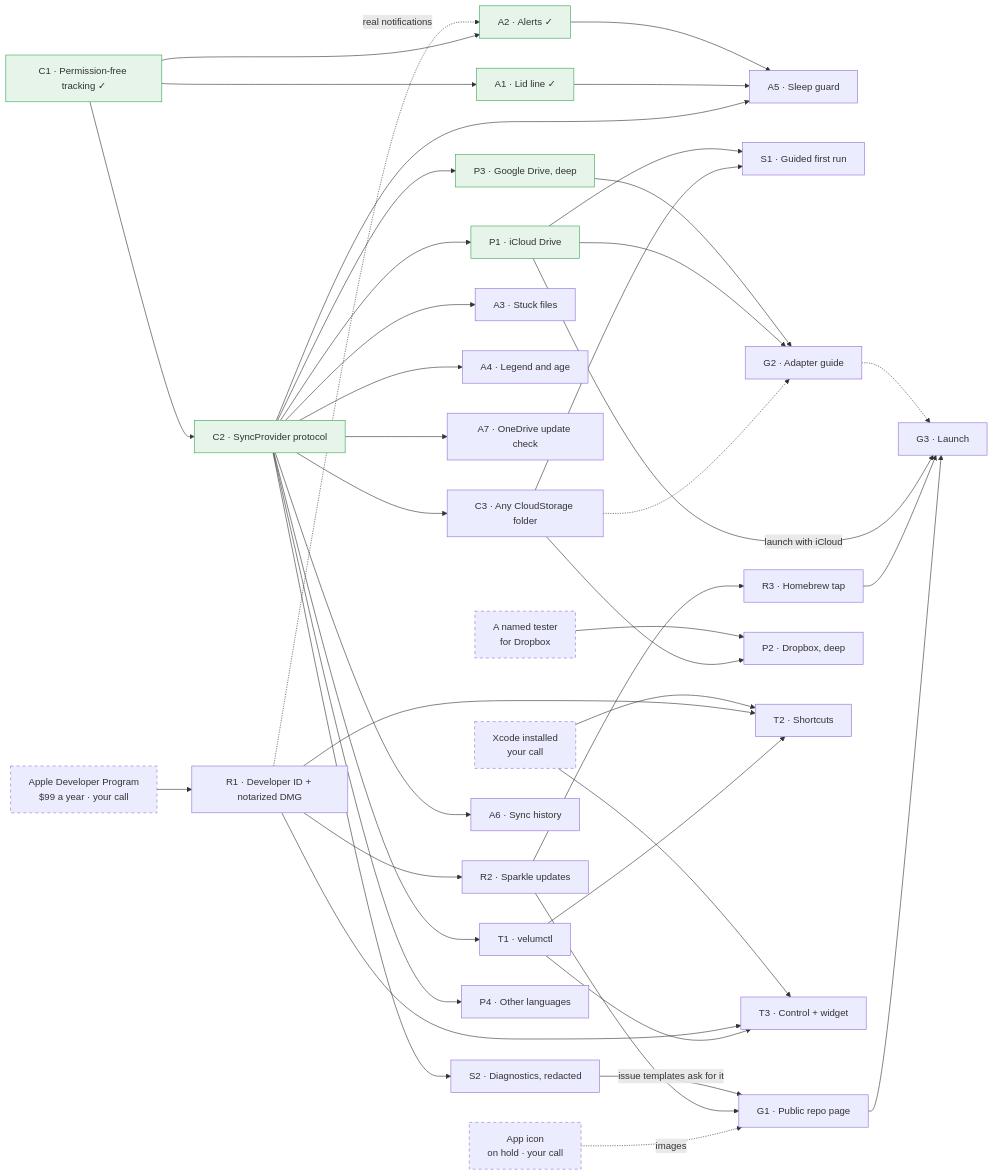
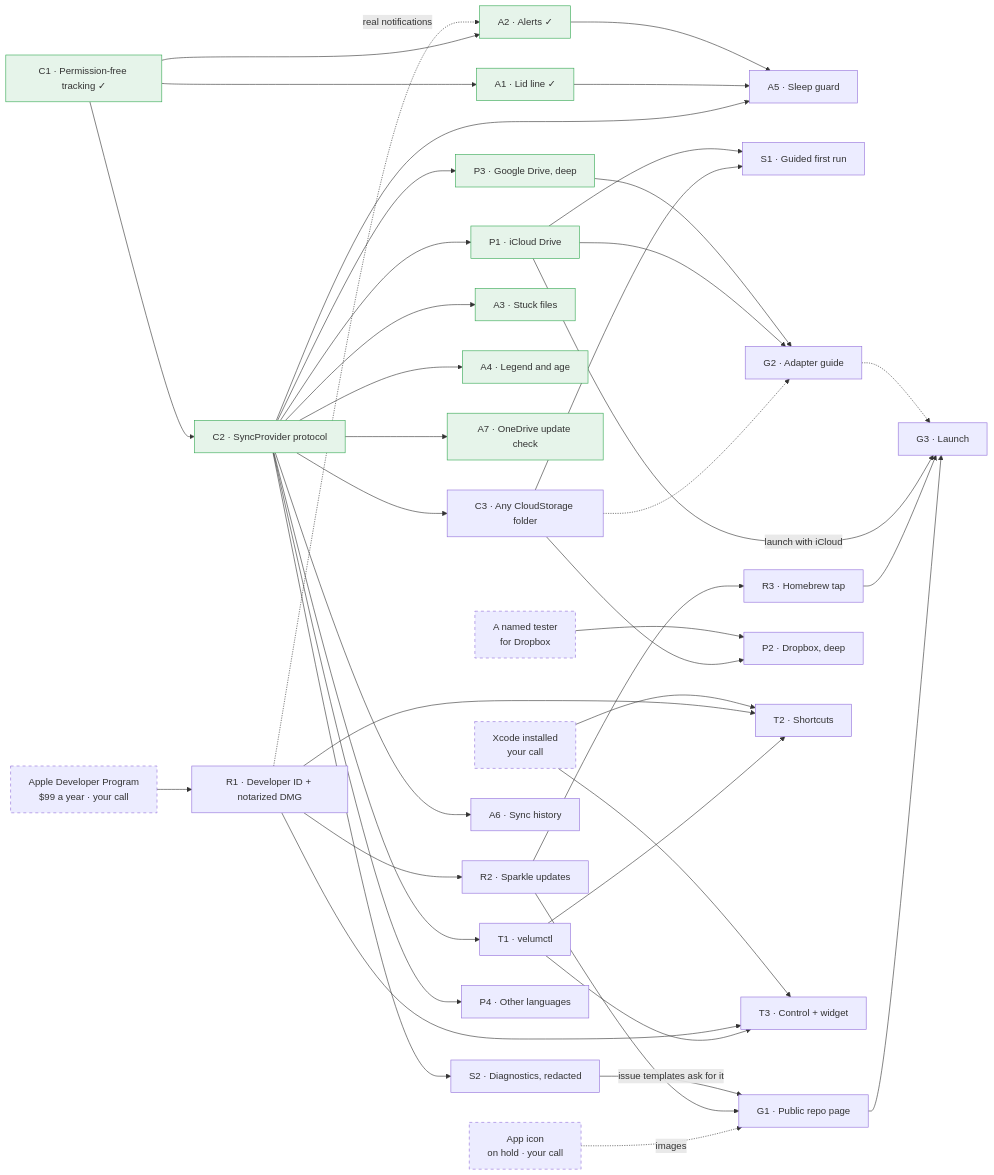
Before and after one commit to nafatyuk/velum: the diagram in docs/plans/roadmap/README.md, drawn with Mermaid. The commit also changed other lines of this file and 3 other files, not shown here.

Commit message:
Roadmap: A3, A4 and A7 merged; record the overnight decisions

````diff
--- a/docs/plans/roadmap/README.md
+++ b/docs/plans/roadmap/README.md
@@ -216,6 +231,6 @@
 
   classDef done fill:#e6f4ea,stroke:#34a853
   classDef gate stroke-dasharray: 5 5
-  class C1,A1,A2,C2,P1,P3 done
+  class C1,A1,A2,C2,P1,P3,A3,A4,A7 done
   class ICON,ENROL,TESTER,XCODE gate
 ```
````
